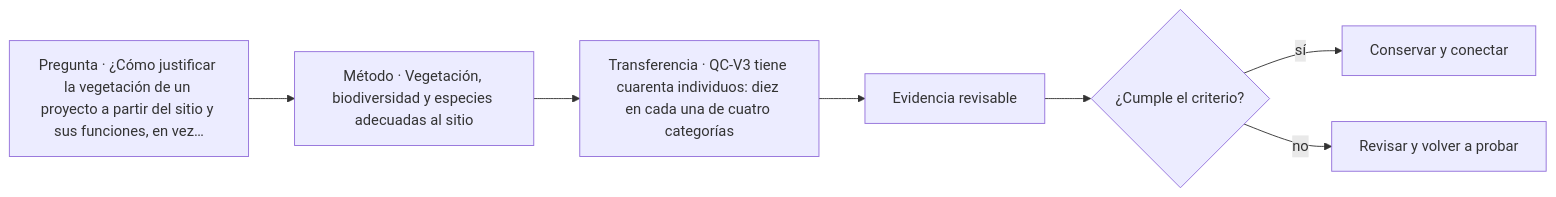
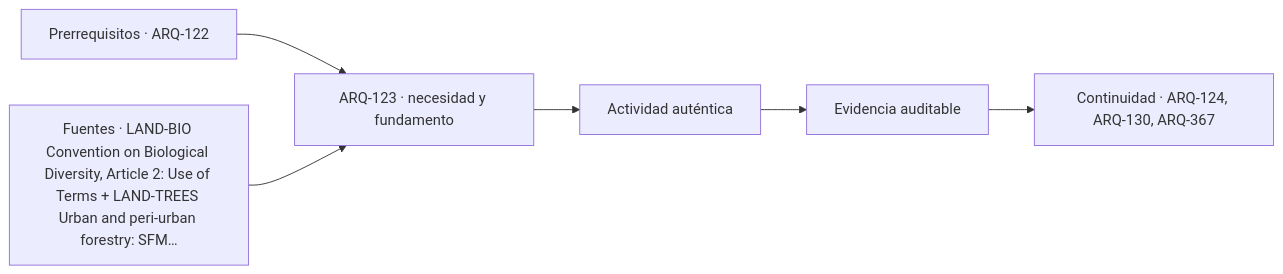
The diagram in classes/parte-13/ARQ-123.md (vladimiracunadev-create/architecture-built-environment-learning-program), drawn with Mermaid before and after one commit. The commit also changed other lines of this file and 761 other files, not shown here.

````diff
--- a/classes/parte-13/ARQ-123.md
+++ b/classes/parte-13/ARQ-123.md
@@ -112,9 +124,8 @@
 ```mermaid
 flowchart LR
-    Q["Pregunta · ¿Cómo justificar la vegetación de un proyecto a partir del sitio y sus funciones, en vez…"] --> M["Método · Vegetación, biodiversidad y especies adecuadas al sitio"]
-    M --> P["Transferencia · QC-V3 tiene cuarenta individuos: diez en cada una de cuatro categorías"]
-    P --> E["Evidencia revisable"]
-    E --> C{"¿Cumple el criterio?"}
-    C -->|sí| T["Conservar y conectar"]
-    C -->|no| R["Revisar y volver a probar"]
+    A["Prerrequisitos · ARQ-122"] --> B["ARQ-123 · necesidad y fundamento"]
+    S["Fuentes · LAND-BIO Convention on Biological Diversity, Article 2: Use of Terms + LAND-TREES Urban and peri-urban forestry: SFM…"] --> B
+    B --> C["Actividad auténtica"]
+    C --> D["Evidencia auditable"]
+    D --> E["Continuidad · ARQ-124, ARQ-130, ARQ-367"]
 ```
````
